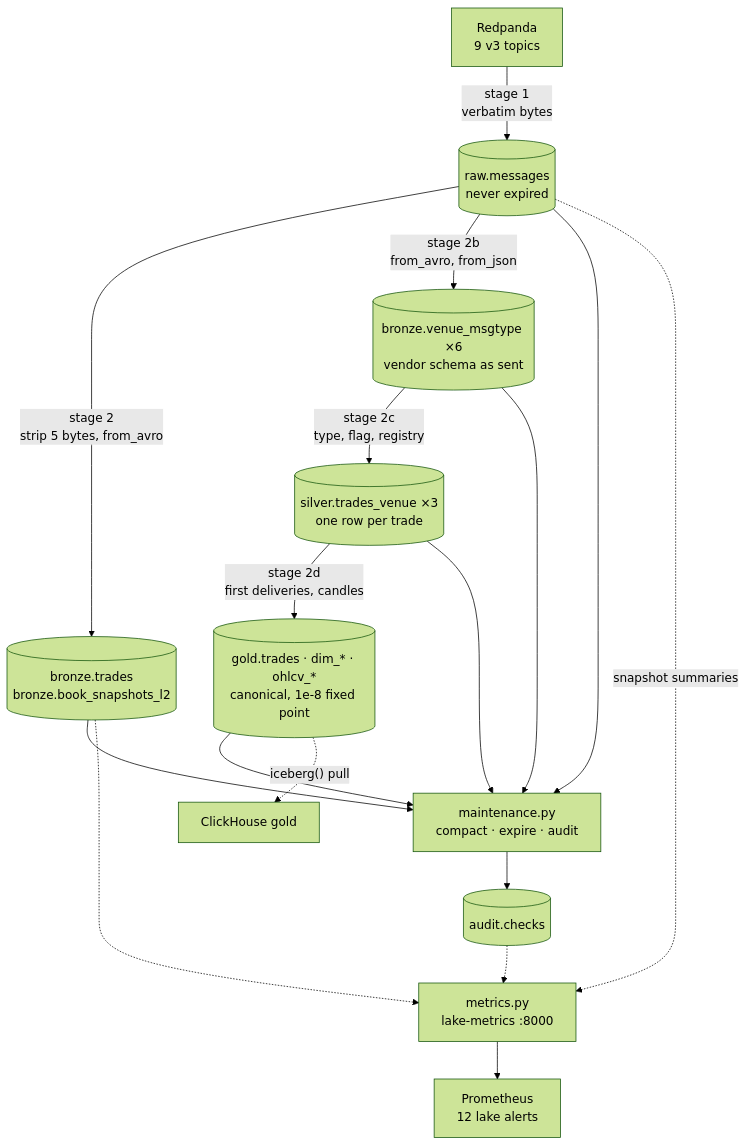
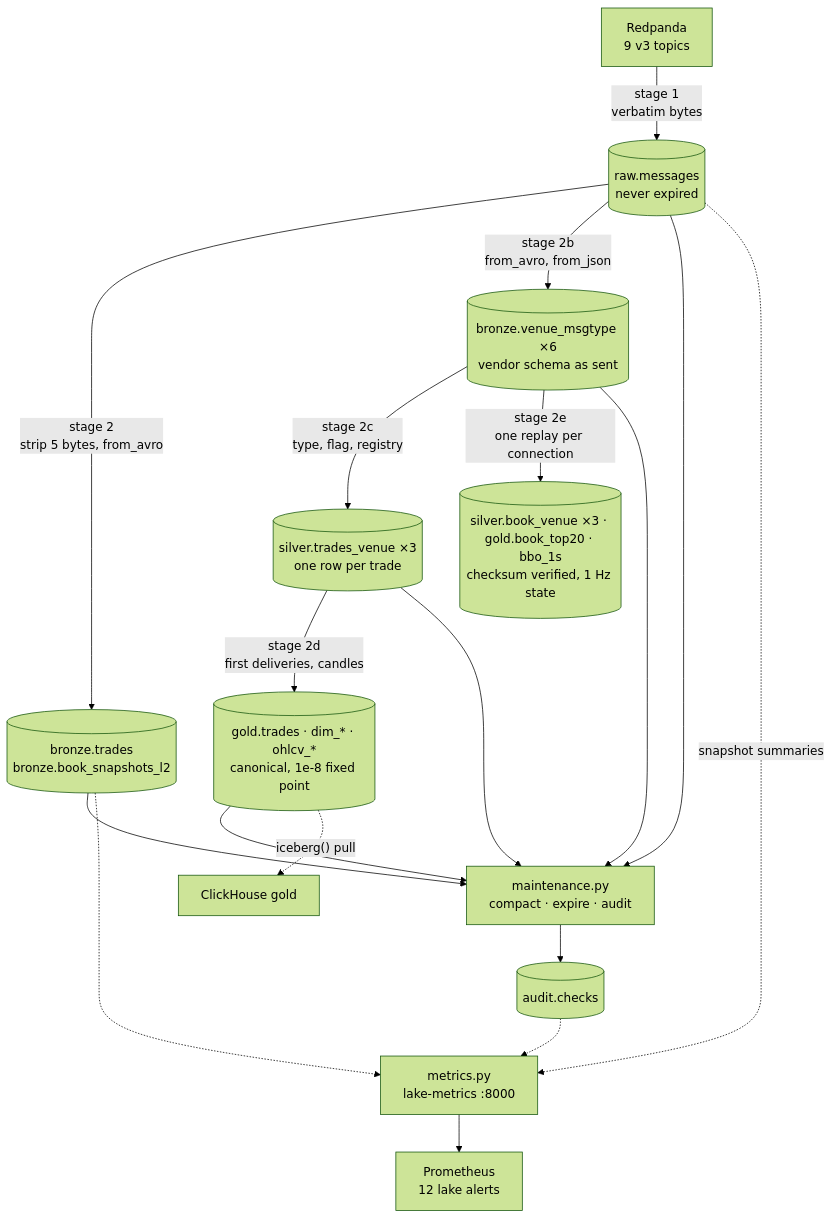
One commit to rjdscott/k2-market-data-platform changed the diagram in docker/lake/README.md. Above: the diagram before and after it, drawn with Mermaid (forest theme). The commit also changed other lines of this file and 21 other files, not shown here.

````diff
--- a/docker/lake/README.md
+++ b/docker/lake/README.md
@@ -39,19 +41,20 @@
 ```mermaid
 flowchart TB
   RP[Redpanda<br/>9 v3 topics] -->|stage 1<br/>verbatim bytes| RAW[(raw.messages<br/>never expired)]
   RAW -->|stage 2<br/>strip 5 bytes, from_avro| BR[(bronze.trades<br/>bronze.book_snapshots_l2)]
   RAW -->|stage 2b<br/>from_avro, from_json| BV[(bronze.venue_msgtype ×6<br/>vendor schema as sent)]
   BV -->|stage 2c<br/>type, flag, registry| SV[(silver.trades_venue ×3<br/>one row per trade)]
   SV -->|stage 2d<br/>first deliveries, candles| GD[(gold.trades · dim_* · ohlcv_*<br/>canonical, 1e-8 fixed point)]
+  BV -->|stage 2e<br/>one replay per connection| BK[(silver.book_venue ×3 · gold.book_top20 · bbo_1s<br/>checksum verified, 1 Hz state)]
   RAW --> MNT[maintenance.py<br/>compact · expire · audit]
   BR --> MNT
   BV --> MNT
   SV --> MNT
   GD --> MNT
   GD -.iceberg() pull.-> CH[ClickHouse gold]
   MNT --> AUD[(audit.checks)]
   RAW -.snapshot summaries.-> MET[metrics.py<br/>lake-metrics :8000]
   BR -.-> MET
   AUD -.-> MET
   MET --> PROM[Prometheus<br/>12 lake alerts]
 ```
````
